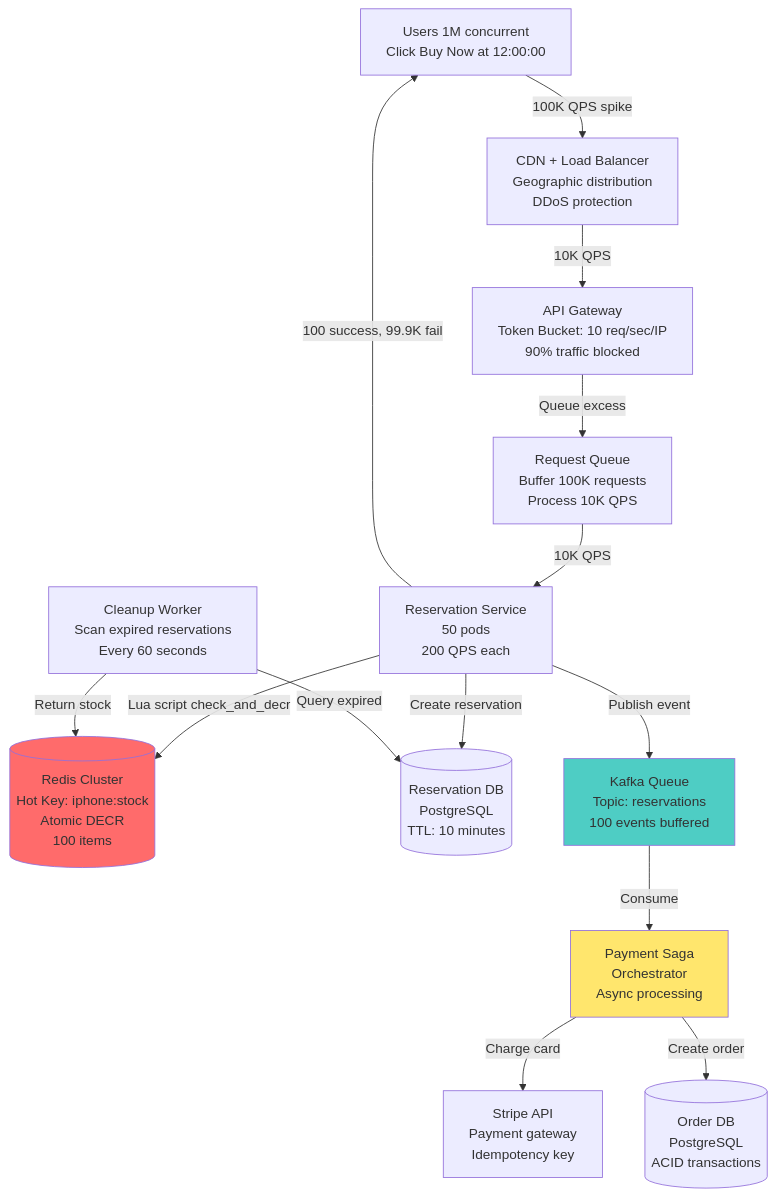
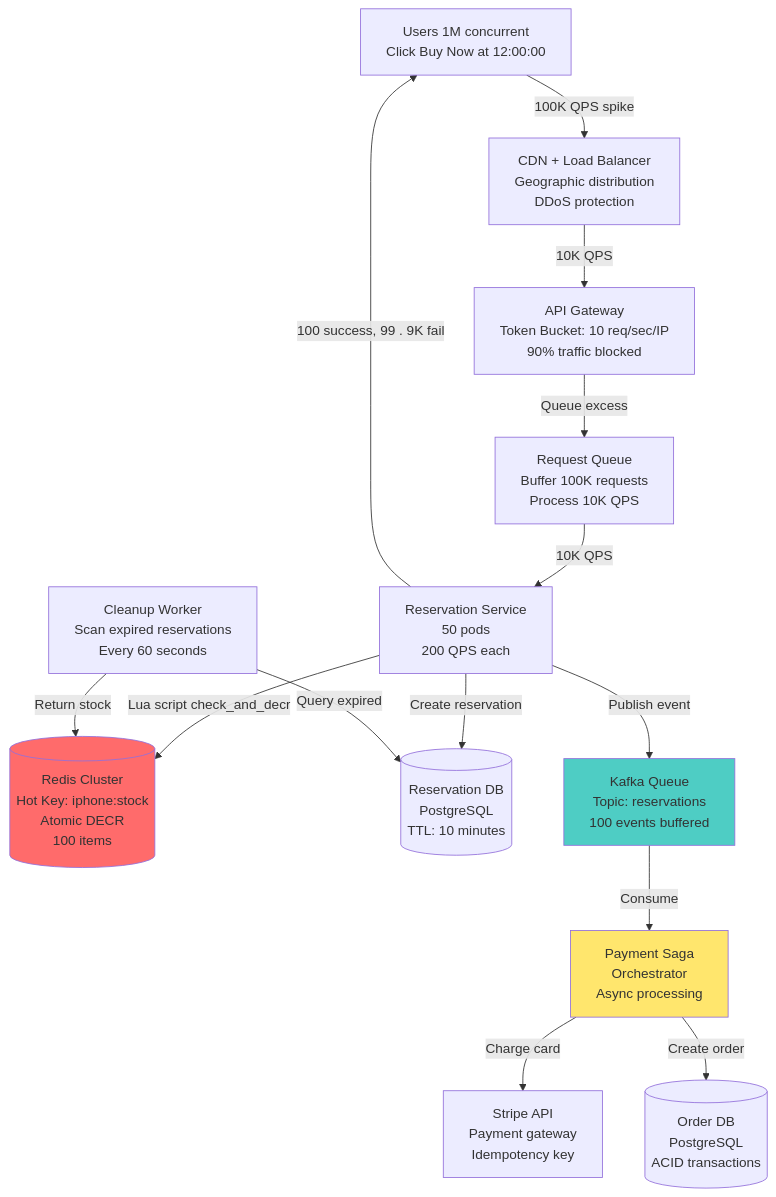
The first of 14 diagrams in 03-challenges/3.3.3-flash-sale/hld-diagram.md (piyush7199/hld-architecture-handbook), drawn with Mermaid before and after one commit. The commit also changed other lines of this file and 23 other files, not shown here.

````diff
--- a/03-challenges/3.3.3-flash-sale/hld-diagram.md
+++ b/03-challenges/3.3.3-flash-sale/hld-diagram.md
@@ -62,48 +69,31 @@
 ```mermaid
 graph TB
     Users[Users 1M concurrent<br/>Click Buy Now at 12:00:00]
-    
     CDN[CDN + Load Balancer<br/>Geographic distribution<br/>DDoS protection]
-    
     RateLimiter[API Gateway<br/>Token Bucket: 10 req/sec/IP<br/>90% traffic blocked]
-    
     Queue[Request Queue<br/>Buffer 100K requests<br/>Process 10K QPS]
-    
     ReservationSvc[Reservation Service<br/>50 pods<br/>200 QPS each]
-    
     Redis[(Redis Cluster<br/>Hot Key: iphone:stock<br/>Atomic DECR<br/>100 items)]
-    
     ReservationDB[(Reservation DB<br/>PostgreSQL<br/>TTL: 10 minutes)]
-    
     Kafka[Kafka Queue<br/>Topic: reservations<br/>100 events buffered]
-    
     PaymentSaga[Payment Saga<br/>Orchestrator<br/>Async processing]
-    
     Stripe[Stripe API<br/>Payment gateway<br/>Idempotency key]
-    
     OrderDB[(Order DB<br/>PostgreSQL<br/>ACID transactions)]
-    
     CleanupWorker[Cleanup Worker<br/>Scan expired reservations<br/>Every 60 seconds]
-    
     Users -->|100K QPS spike| CDN
     CDN -->|10K QPS| RateLimiter
     RateLimiter -->|Queue excess| Queue
     Queue -->|10K QPS| ReservationSvc
-    
     ReservationSvc -->|Lua script check_and_decr| Redis
     ReservationSvc -->|Create reservation| ReservationDB
-    ReservationSvc -->|100 success, 99.9K fail| Users
-    
+    ReservationSvc -->|100 success, 99 . 9K fail| Users
     ReservationSvc -->|Publish event| Kafka
     Kafka -->|Consume| PaymentSaga
-    
     PaymentSaga -->|Charge card| Stripe
     PaymentSaga -->|Create order| OrderDB
-    
     CleanupWorker -->|Query expired| ReservationDB
     CleanupWorker -->|Return stock| Redis
-    
-    style Redis fill:#ff6b6b
-    style Kafka fill:#4ecdc4
-    style PaymentSaga fill:#ffe66d
+    style Redis fill: #ff6b6b
+    style Kafka fill: #4ecdc4
+    style PaymentSaga fill: #ffe66d
 ```
````
